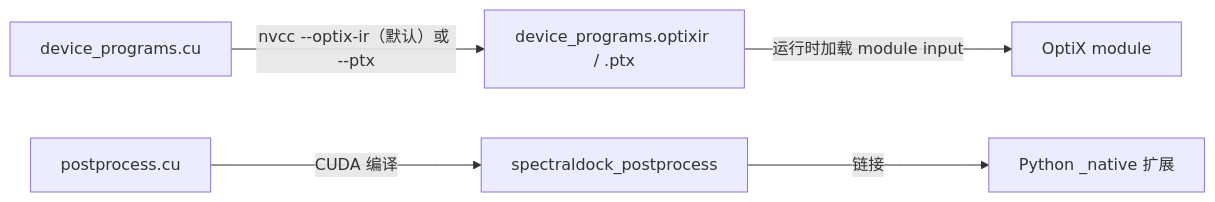
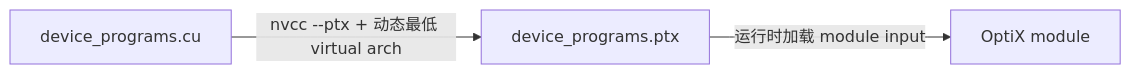
One commit to goooxu/SpectralDock changed the first of 2 diagrams in docs/technical-report/08-optix-gpu-implementation.md. Above: the diagram before and after it, drawn with Mermaid. The commit also changed other lines of this file and 174 other files, not shown here.

```diff
--- a/docs/technical-report/08-optix-gpu-implementation.md
+++ b/docs/technical-report/08-optix-gpu-implementation.md
@@ -23,7 +23,5 @@
 ~~~mermaid
 flowchart LR
-    A["device_programs.cu"] -->|"nvcc --optix-ir（默认）或 --ptx"| B["device_programs.optixir / .ptx"]
+    A["device_programs.cu"] -->|"nvcc --ptx + 动态最低 virtual arch"| B["device_programs.ptx"]
     B -->|"运行时加载 module input"| C["OptiX module"]
-    D["postprocess.cu"] -->|"CUDA 编译"| E["spectraldock_postprocess"]
-    E -->|"链接"| F["Python _native 扩展"]
 ~~~
```
